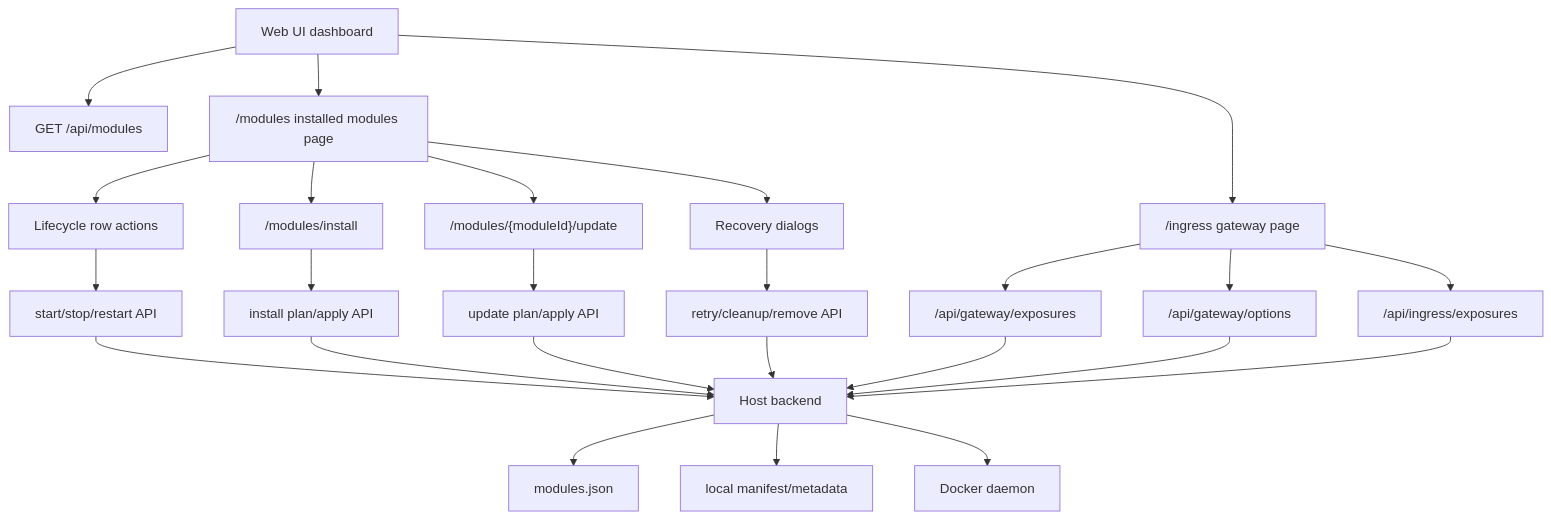
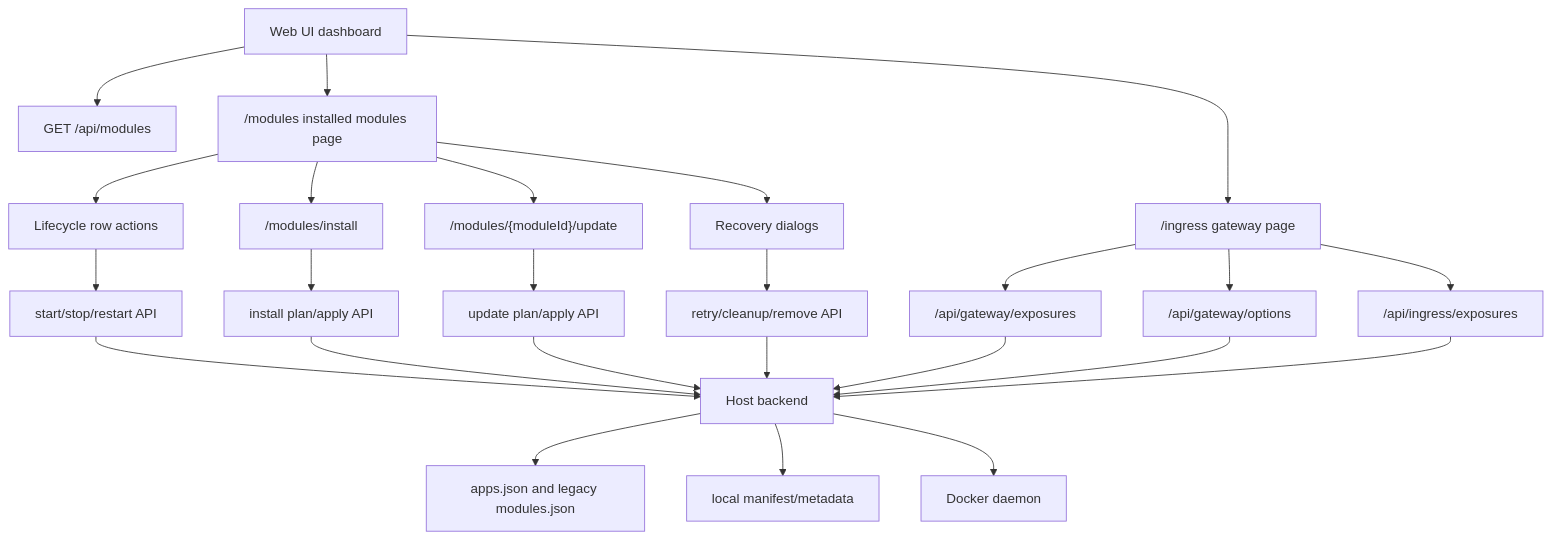
Before and after one commit to alex-de-haas/docker-host: the diagram in docs/features/web-ui-dashboard.md, drawn with Mermaid. The commit also changed other lines of this file and 71 other files, not shown here.

````diff
--- a/docs/features/web-ui-dashboard.md
+++ b/docs/features/web-ui-dashboard.md
@@ -31,27 +31,27 @@
 ```mermaid
 flowchart TD
   A["Web UI dashboard"] --> B["GET /api/modules"]
   A --> U["/modules installed modules page"]
   U --> C["Lifecycle row actions"]
   U --> D["/modules/install"]
   U --> E["/modules/{moduleId}/update"]
   U --> F["Recovery dialogs"]
   A --> Q["/ingress gateway page"]
   C --> G["start/stop/restart API"]
   D --> H["install plan/apply API"]
   E --> I["update plan/apply API"]
   F --> J["retry/cleanup/remove API"]
   Q --> R["/api/gateway/exposures"]
   Q --> S["/api/gateway/options"]
   Q --> T["/api/ingress/exposures"]
   G --> K["Host backend"]
   H --> K
   I --> K
   J --> K
   R --> K
   S --> K
   T --> K
-  K --> L["modules.json"]
+  K --> L["apps.json and legacy modules.json"]
   K --> M["local manifest/metadata"]
   K --> N["Docker daemon"]
 ```
````
